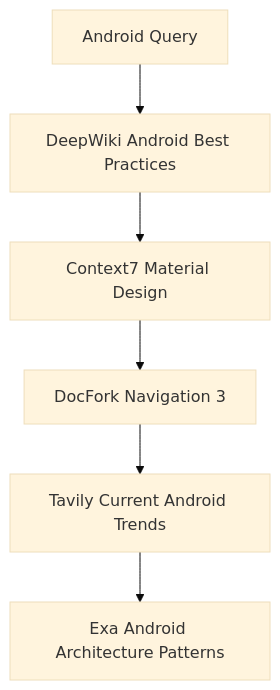
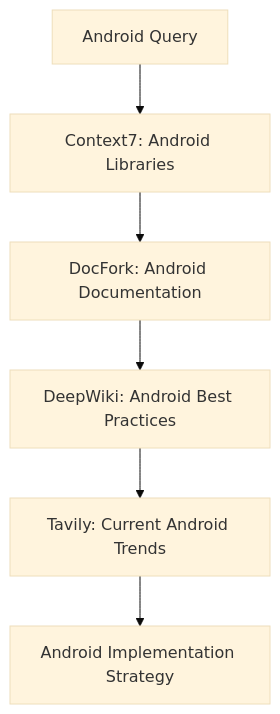
One commit to vicle1908/githubusers changed the fourth of 9 diagrams in .cursor/rules/enhanced-research-strategy.mdc. Above: the diagram before and after it, drawn with Mermaid (base theme). The commit also changed other lines of this file and 17 other files, not shown here.

````diff
--- a/.cursor/rules/enhanced-research-strategy.mdc
+++ b/.cursor/rules/enhanced-research-strategy.mdc
@@ -148,8 +306,8 @@
 ```mermaid
 graph TD
-    A[Android Query] --> B[DeepWiki Android Best Practices]
-    B --> C[Context7 Material Design]
-    C --> D[DocFork Navigation 3]
-    D --> E[Tavily Current Android Trends]
-    E --> F[Exa Android Architecture Patterns]
+    A[Android Query] --> B[Context7: Android Libraries]
+    B --> C[DocFork: Android Documentation]
+    C --> D[DeepWiki: Android Best Practices]
+    D --> E[Tavily: Current Android Trends]
+    E --> F[Android Implementation Strategy]
 ```
````
